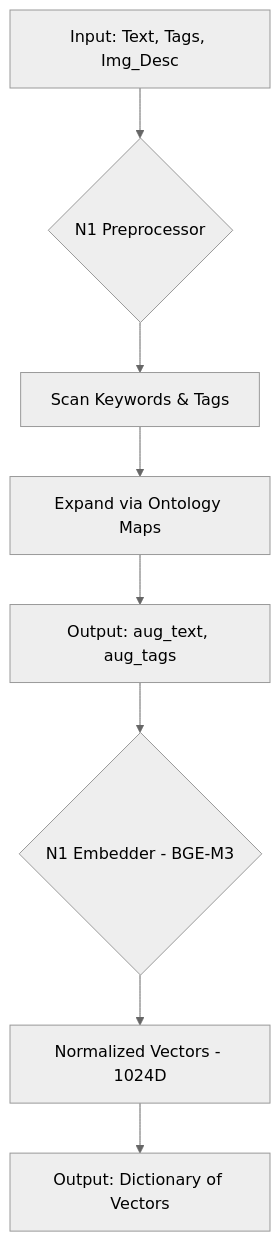
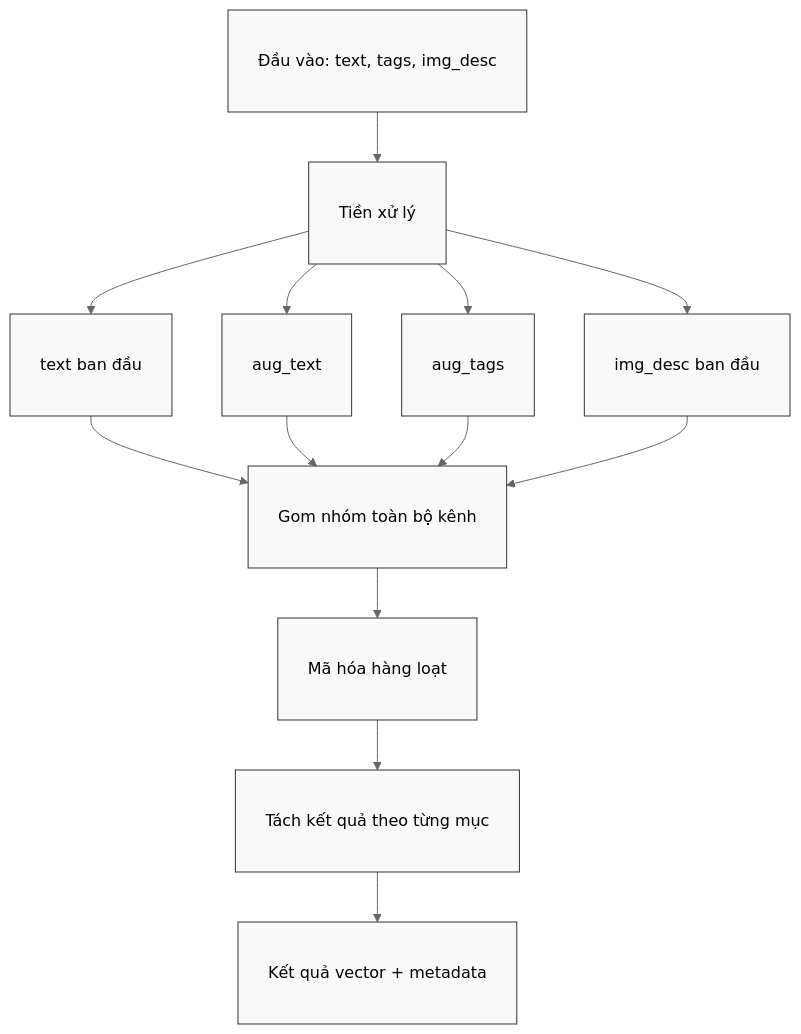
The diagram in docs/modules/n1_embedding.md (ltk6/travel-exp-planner), drawn with Mermaid (neutral theme) before and after one commit. The commit also changed other lines of this file and 87 other files, not shown here.

````diff
--- a/docs/modules/n1_embedding.md
+++ b/docs/modules/n1_embedding.md
@@ -59,10 +230,21 @@
 ```mermaid
+---
+config:
+  flowchart:
+    useMaxWidth: false
+---
 graph TD
-    A[Input: Text, Tags, Img_Desc] --> B{N1 Preprocessor}
-    B --> C[Scan Keywords & Tags]
-    C --> D[Expand via Ontology Maps]
-    D --> E[Output: aug_text, aug_tags]
-    E --> F{N1 Embedder - BGE-M3}
-    F --> G[Normalized Vectors - 1024D]
-    G --> H[Output: Dictionary of Vectors]
+    classDef default fill:#f9f9f9,stroke:#333,stroke-width:1px,padding-left:10px,padding-right:10px,white-space:nowrap;
+    A["Đầu vào: text, tags, img_desc"] --> B["Tiền xử lý"]
+    B --> C["text ban đầu"]
+    B --> D["aug_text"]
+    B --> E["aug_tags"]
+    B --> F["img_desc ban đầu"]
+    C --> G["Gom nhóm toàn bộ kênh"]
+    D --> G
+    E --> G
+    F --> G
+    G --> H["Mã hóa hàng loạt"]
+    H --> I["Tách kết quả theo từng mục"]
+    I --> J["Kết quả vector + metadata"]
 ```
````
